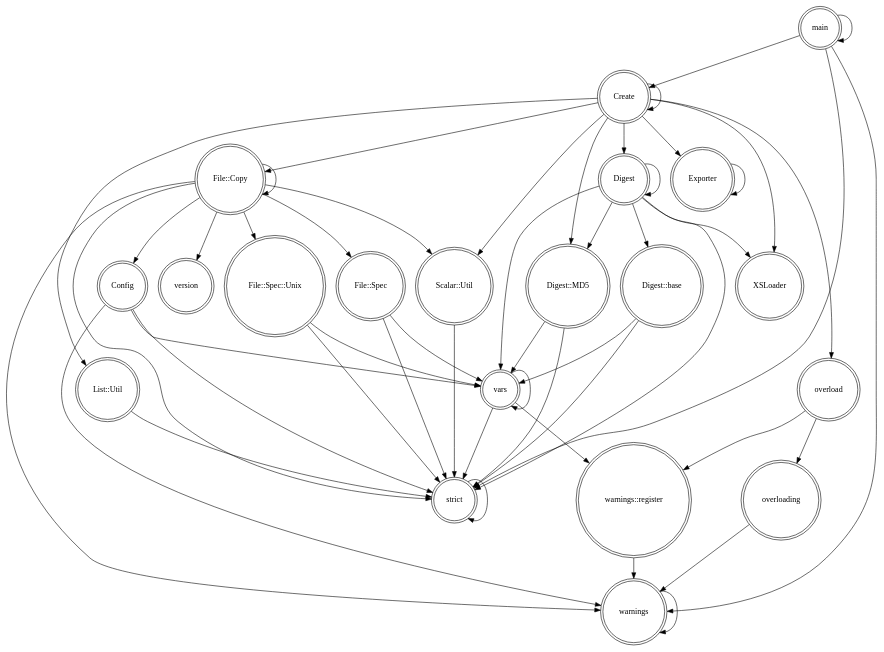
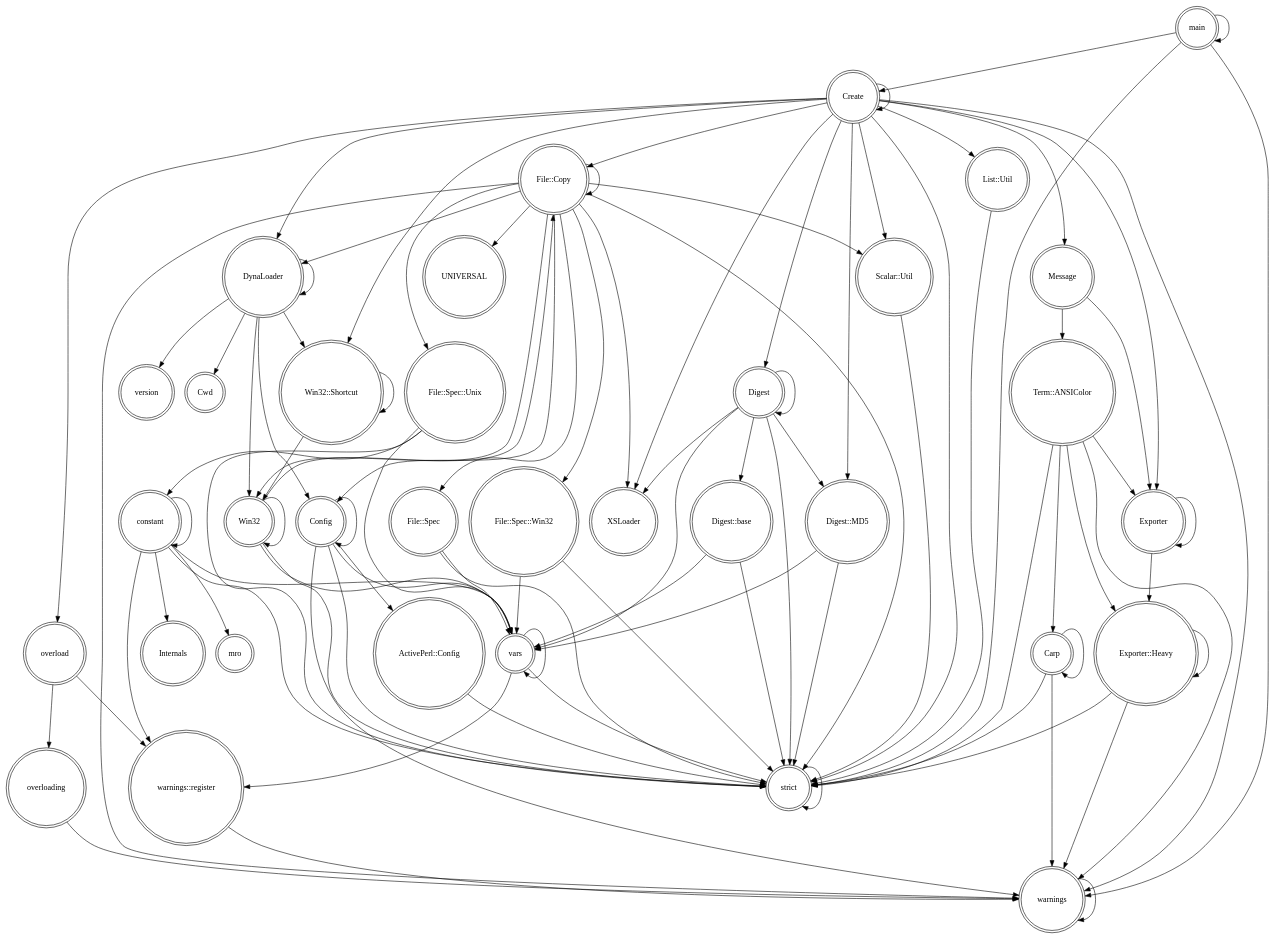
Before and after one commit to VPatrick/PerlArchiver: the diagram in Profiling Ergebnisse/Create_CS/packages-callgraph.dot, drawn with Graphviz. The commit also changed 470 other files, not shown here.

```diff
--- a/Profiling Ergebnisse/Create_CS/packages-callgraph.dot
+++ b/Profiling Ergebnisse/Create_CS/packages-callgraph.dot
@@ -1,54 +1,101 @@
 digraph {
 graph [overlap=false]
 node [shape=doublecircle];
+"Config" -> "strict";
+"File::Spec::Unix" -> "vars";
+"Create" -> "overload";
+"Win32" -> "File::Copy";
+"Create" -> "Digest";
+"Config" -> "ActivePerl::Config";
+"Digest" -> "Digest";
+"warnings" -> "warnings";
+"List::Util" -> "strict";
+"File::Copy" -> "UNIVERSAL";
+"Win32::Shortcut" -> "Win32::Shortcut";
+"Create" -> "Create";
+"Exporter::Heavy" -> "warnings";
+"Config" -> "Config";
+"Create" -> "XSLoader";
+"Term::ANSIColor" -> "warnings";
+"Digest::MD5" -> "vars";
+"File::Copy" -> "File::Spec";
+"DynaLoader" -> "DynaLoader";
+"Create" -> "warnings";
+"File::Spec::Win32" -> "vars";
+"vars" -> "vars";
+"File::Copy" -> "Config";
+"constant" -> "warnings::register";
+"Term::ANSIColor" -> "Exporter";
+"Create" -> "Digest::MD5";
+"main" -> "Create";
+"Carp" -> "Carp";
+"DynaLoader" -> "Cwd";
+"constant" -> "constant";
+"File::Spec" -> "vars";
+"Digest::base" -> "vars";
+"Digest" -> "vars";
+"Exporter::Heavy" -> "Exporter::Heavy";
+"Digest" -> "XSLoader";
+"vars" -> "strict";
+"Digest" -> "strict";
+"Create" -> "Scalar::Util";
+"constant" -> "vars";
+"main" -> "main";
+"File::Spec::Win32" -> "strict";
+"Win32" -> "Win32";
+"warnings::register" -> "warnings";
+"File::Copy" -> "XSLoader";
+"strict" -> "strict";
+"Carp" -> "strict";
+"Win32" -> "strict";
+"overload" -> "overloading";
+"Scalar::Util" -> "strict";
+"Config" -> "warnings";
+"Exporter" -> "Exporter::Heavy";
+"Create" -> "DynaLoader";
+"Create" -> "Exporter";
+"Term::ANSIColor" -> "Carp";
+"constant" -> "Internals";
+"File::Copy" -> "File::Copy";
+"Create" -> "Message";
+"Create" -> "strict";
+"Digest" -> "Digest::base";
+"Term::ANSIColor" -> "strict";
+"Win32" -> "vars";
+"main" -> "warnings";
+"overloading" -> "warnings";
+"File::Copy" -> "Win32";
+"vars" -> "warnings::register";
+"Create" -> "File::Copy";
+"File::Spec::Unix" -> "constant";
+"Config" -> "vars";
+"Win32::Shortcut" -> "Win32";
+"File::Copy" -> "File::Spec::Win32";
+"Create" -> "List::Util";
+"Message" -> "Exporter";
+"DynaLoader" -> "Config";
+"Create" -> "Win32::Shortcut";
+"constant" -> "strict";
+"DynaLoader" -> "Win32";
+"Carp" -> "warnings";
+"ActivePerl::Config" -> "strict";
+"Exporter::Heavy" -> "strict";
+"Message" -> "Term::ANSIColor";
+"Term::ANSIColor" -> "Exporter::Heavy";
+"File::Copy" -> "strict";
+"DynaLoader" -> "version";
 "Digest::MD5" -> "strict";
-"main" -> "Create";
-"Scalar::Util" -> "strict";
-"warnings" -> "warnings";
-"Digest" -> "strict";
-"Digest::base" -> "vars";
-"File::Copy" -> "File::Copy";
+"File::Copy" -> "Scalar::Util";
+"File::Copy" -> "warnings";
+"constant" -> "mro";
+"File::Spec" -> "strict";
+"main" -> "strict";
+"Digest" -> "Digest::MD5";
+"File::Copy" -> "DynaLoader";
+"Exporter" -> "Exporter";
+"Digest::base" -> "strict";
+"File::Spec::Unix" -> "strict";
+"DynaLoader" -> "Win32::Shortcut";
+"overload" -> "warnings::register";
 "File::Copy" -> "File::Spec::Unix";
-"Exporter" -> "Exporter";
-"Create" -> "List::Util";
-"vars" -> "warnings::register";
-"File::Spec" -> "vars";
-"main" -> "warnings";
-"Digest" -> "Digest";
-"File::Copy" -> "warnings";
-"main" -> "main";
-"Digest" -> "vars";
-"File::Spec::Unix" -> "vars";
-"Config" -> "strict";
-"File::Spec::Unix" -> "strict";
-"File::Copy" -> "File::Spec";
-"Digest" -> "Digest::MD5";
-"Digest::MD5" -> "vars";
-"Create" -> "File::Copy";
-"Create" -> "Scalar::Util";
-"Digest::base" -> "strict";
-"Digest" -> "XSLoader";
-"Config" -> "warnings";
-"File::Copy" -> "Scalar::Util";
-"overload" -> "warnings::register";
-"File::Copy" -> "strict";
-"Create" -> "XSLoader";
-"warnings::register" -> "warnings";
-"Create" -> "overload";
-"File::Copy" -> "Config";
-"main" -> "strict";
-"vars" -> "strict";
-"overload" -> "overloading";
-"File::Spec" -> "strict";
-"Config" -> "vars";
-"File::Copy" -> "version";
-"strict" -> "strict";
-"vars" -> "vars";
-"Digest" -> "Digest::base";
-"overloading" -> "warnings";
-"Create" -> "Digest::MD5";
-"Create" -> "Exporter";
-"List::Util" -> "strict";
-"Create" -> "Digest";
-"Create" -> "Create";
 }
```
